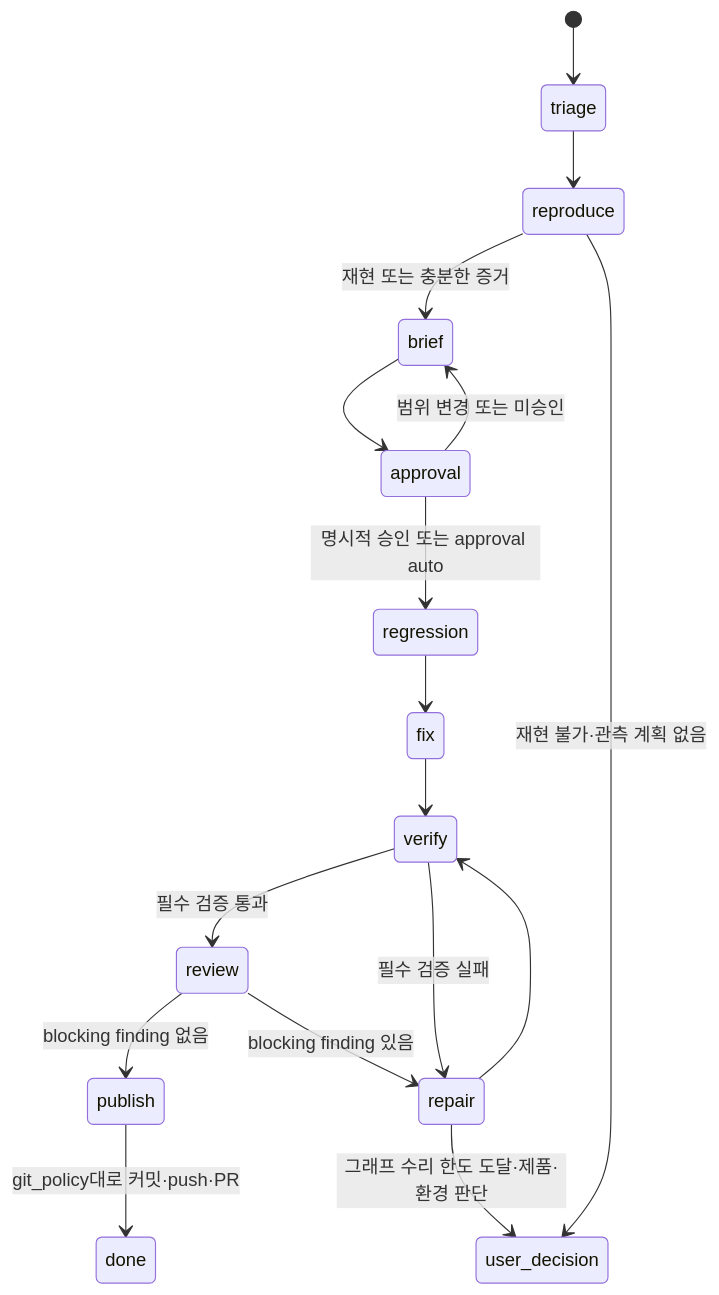
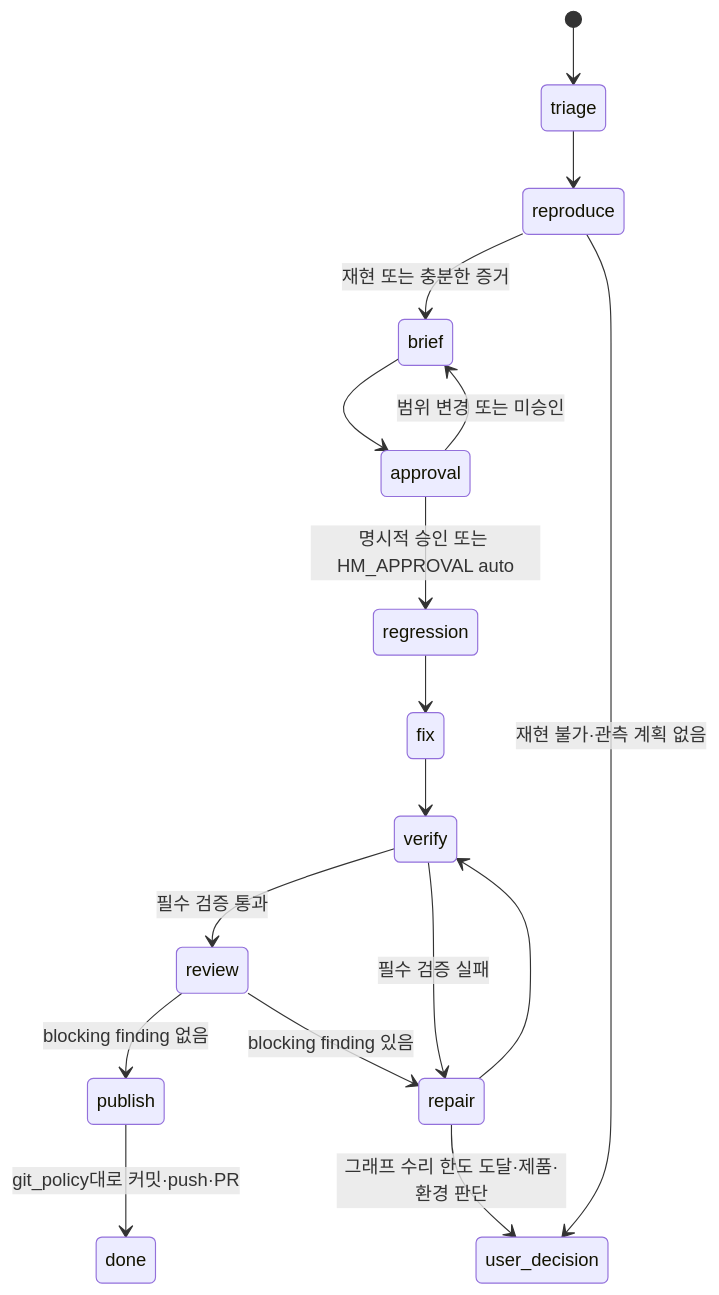
One commit to cano721/ai-harness changed the third of 4 diagrams in README.md. Above: the diagram before and after it, drawn with Mermaid. The commit also changed other lines of this file and 18 other files, not shown here.

````diff
--- a/README.md
+++ b/README.md
@@ -427,19 +427,19 @@
 ```mermaid
 stateDiagram-v2
     [*] --> triage
     triage --> reproduce
     reproduce --> brief: 재현 또는 충분한 증거
     reproduce --> user_decision: 재현 불가·관측 계획 없음
     brief --> approval
     approval --> brief: 범위 변경 또는 미승인
-    approval --> regression: 명시적 승인 또는 approval auto
+    approval --> regression: 명시적 승인 또는 HM_APPROVAL auto
     regression --> fix
     fix --> verify
     verify --> review: 필수 검증 통과
     verify --> repair: 필수 검증 실패
     review --> publish: blocking finding 없음
     review --> repair: blocking finding 있음
     repair --> verify
     repair --> user_decision: 그래프 수리 한도 도달·제품·환경 판단
     publish --> done: git_policy대로 커밋·push·PR
 ```
````
